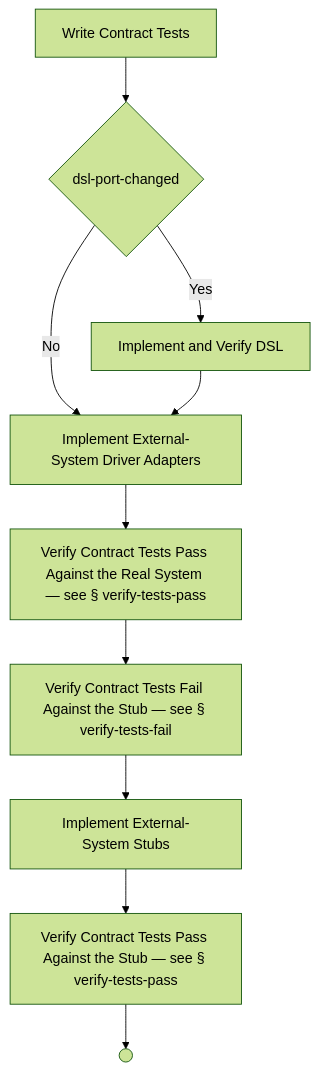
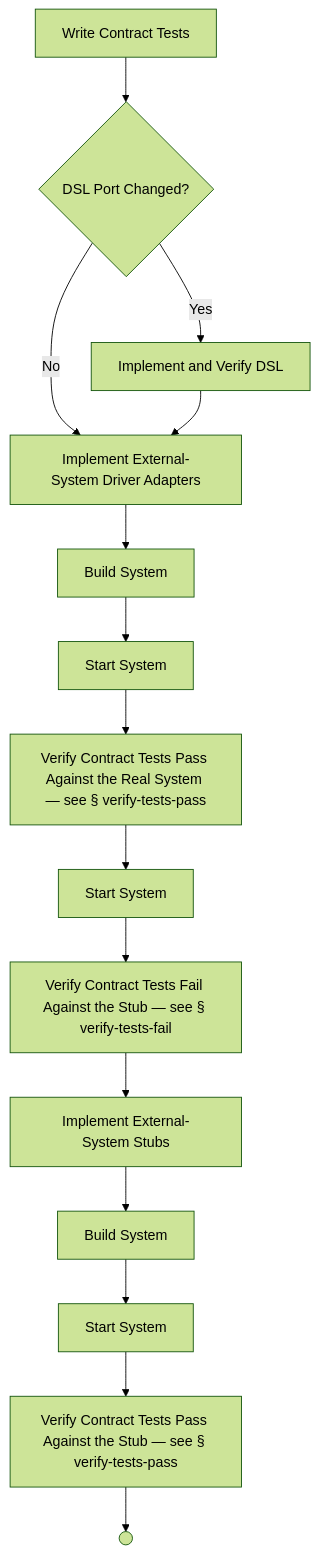
Before and after one commit to optivem/gh-optivem: diagram 19 of 53 in docs/process-diagram.md, drawn with Mermaid (forest theme). The commit also changed other lines of this file and 16 other files, not shown here.

Commit message:
atdd: regenerate process-flow diagram

````diff
--- a/docs/process-diagram.md
+++ b/docs/process-diagram.md
@@ -355,22 +357,32 @@
 ```mermaid
 flowchart TD
-    GATE_DSL_PORT_CHANGED{dsl-port-changed}
+    BUILD_SYSTEM_AFTER_DRIVER[Build System]
+    BUILD_SYSTEM_AFTER_STUBS[Build System]
+    GATE_DSL_PORT_CHANGED{DSL Port Changed?}
     IMPLEMENT_AND_VERIFY_DSL[Implement and Verify DSL]
     IMPLEMENT_EXTERNAL_SYSTEM_DRIVER_ADAPTERS[Implement External-System Driver Adapters]
     IMPLEMENT_EXTERNAL_SYSTEM_STUBS[Implement External-System Stubs]
     IMPL_EXT_DRIVER_CT_END(( ))
+    START_SYSTEM_AFTER_DRIVER[Start System]
+    START_SYSTEM_AFTER_STUBS[Start System]
+    START_SYSTEM_BEFORE_STUB_FAIL[Start System]
     VERIFY_TESTS_FAIL_CONTRACT_STUB[Verify Contract Tests Fail Against the Stub — see § verify-tests-fail]
     VERIFY_TESTS_PASS_CONTRACT_REAL[Verify Contract Tests Pass Against the Real System — see § verify-tests-pass]
     VERIFY_TESTS_PASS_CONTRACT_STUB[Verify Contract Tests Pass Against the Stub — see § verify-tests-pass]
     WRITE_CONTRACT_TESTS[Write Contract Tests]
 
     WRITE_CONTRACT_TESTS --> GATE_DSL_PORT_CHANGED
     GATE_DSL_PORT_CHANGED -- Yes --> IMPLEMENT_AND_VERIFY_DSL
     GATE_DSL_PORT_CHANGED -- No --> IMPLEMENT_EXTERNAL_SYSTEM_DRIVER_ADAPTERS
     IMPLEMENT_AND_VERIFY_DSL --> IMPLEMENT_EXTERNAL_SYSTEM_DRIVER_ADAPTERS
-    IMPLEMENT_EXTERNAL_SYSTEM_DRIVER_ADAPTERS --> VERIFY_TESTS_PASS_CONTRACT_REAL
-    VERIFY_TESTS_PASS_CONTRACT_REAL --> VERIFY_TESTS_FAIL_CONTRACT_STUB
+    IMPLEMENT_EXTERNAL_SYSTEM_DRIVER_ADAPTERS --> BUILD_SYSTEM_AFTER_DRIVER
+    BUILD_SYSTEM_AFTER_DRIVER --> START_SYSTEM_AFTER_DRIVER
+    START_SYSTEM_AFTER_DRIVER --> VERIFY_TESTS_PASS_CONTRACT_REAL
+    VERIFY_TESTS_PASS_CONTRACT_REAL --> START_SYSTEM_BEFORE_STUB_FAIL
+    START_SYSTEM_BEFORE_STUB_FAIL --> VERIFY_TESTS_FAIL_CONTRACT_STUB
     VERIFY_TESTS_FAIL_CONTRACT_STUB --> IMPLEMENT_EXTERNAL_SYSTEM_STUBS
-    IMPLEMENT_EXTERNAL_SYSTEM_STUBS --> VERIFY_TESTS_PASS_CONTRACT_STUB
+    IMPLEMENT_EXTERNAL_SYSTEM_STUBS --> BUILD_SYSTEM_AFTER_STUBS
+    BUILD_SYSTEM_AFTER_STUBS --> START_SYSTEM_AFTER_STUBS
+    START_SYSTEM_AFTER_STUBS --> VERIFY_TESTS_PASS_CONTRACT_STUB
     VERIFY_TESTS_PASS_CONTRACT_STUB --> IMPL_EXT_DRIVER_CT_END
 ```
````
